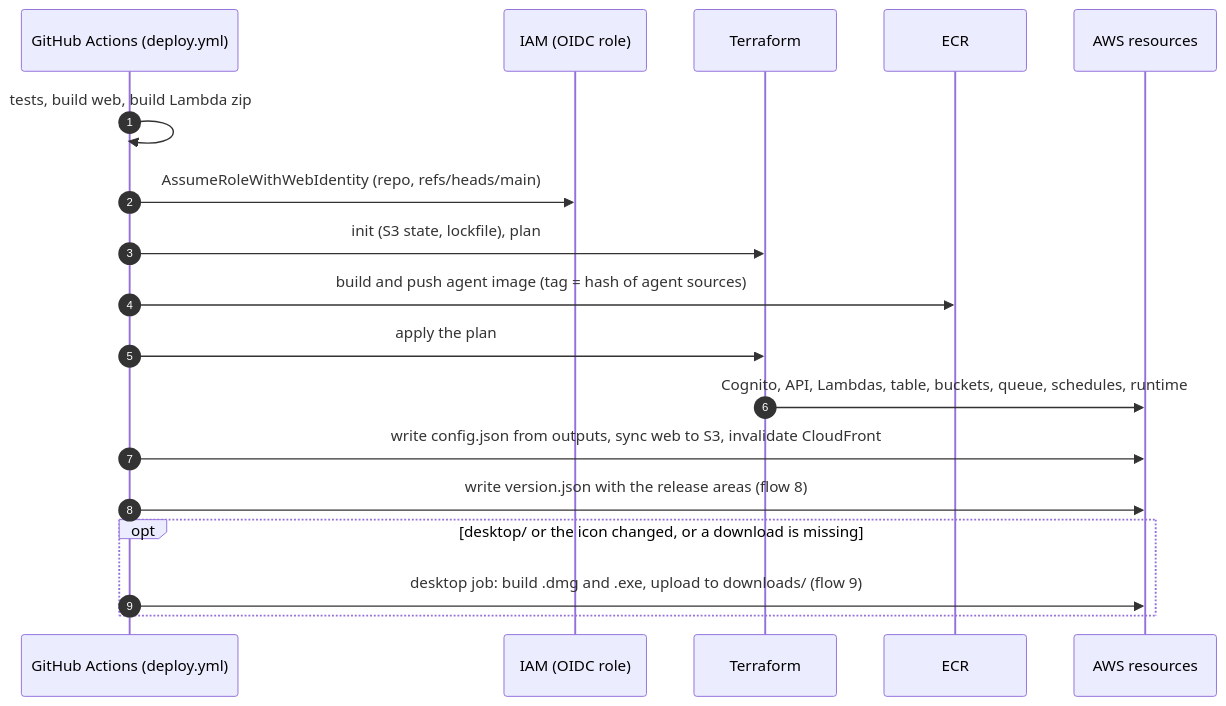
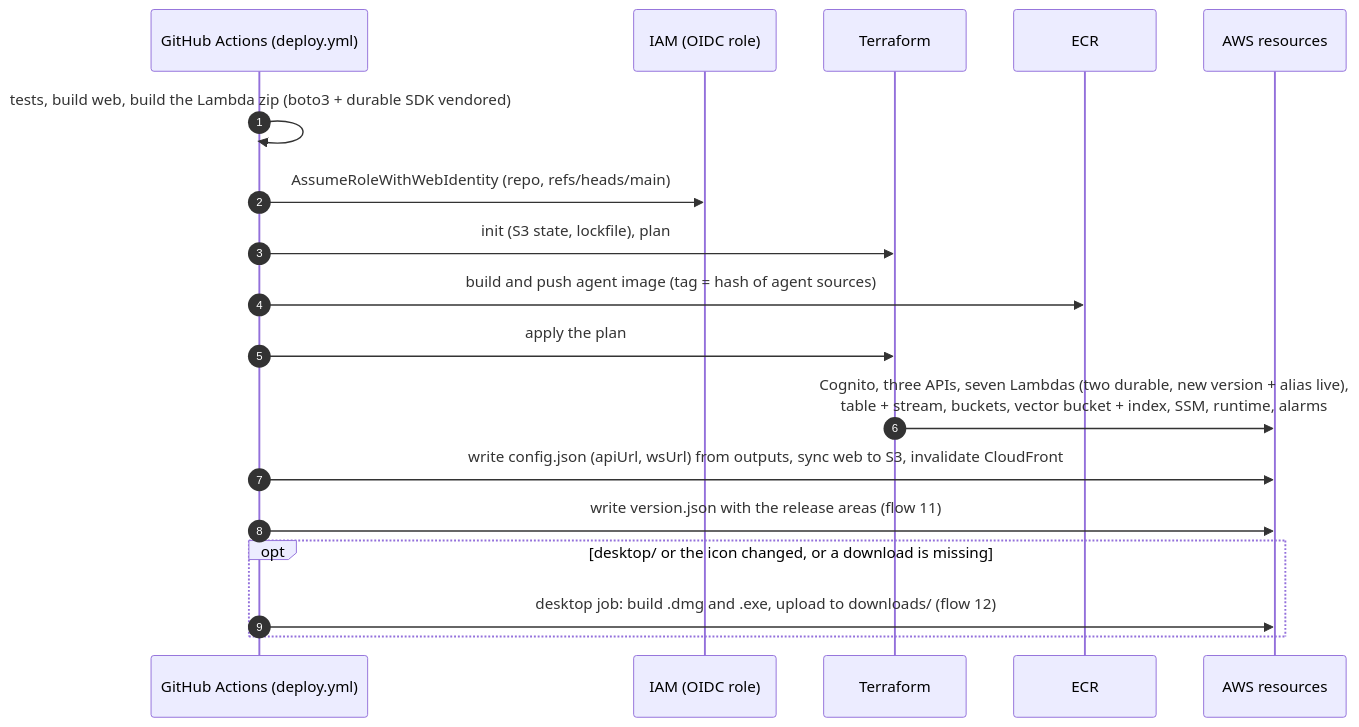
Before and after one commit to Lamo2real/clip-factory: diagram 12 of 14 in docs/ARCHITECTURE.md, drawn with Mermaid. The commit also changed other lines of this file and 10 other files, not shown here.

Commit message:
Document the serverless expansion and redraw the architecture

````diff
--- a/docs/ARCHITECTURE.md
+++ b/docs/ARCHITECTURE.md
@@ -216,20 +442,20 @@
 ```mermaid
 sequenceDiagram
   autonumber
   participant G as GitHub Actions (deploy.yml)
   participant I as IAM (OIDC role)
   participant TF as Terraform
   participant E as ECR
   participant AWS as AWS resources
-  G->>G: tests, build web, build Lambda zip
+  G->>G: tests, build web, build the Lambda zip (boto3 + durable SDK vendored)
   G->>I: AssumeRoleWithWebIdentity (repo, refs/heads/main)
   G->>TF: init (S3 state, lockfile), plan
   G->>E: build and push agent image (tag = hash of agent sources)
   G->>TF: apply the plan
-  TF->>AWS: Cognito, API, Lambdas, table, buckets, queue, schedules, runtime
-  G->>AWS: write config.json from outputs, sync web to S3, invalidate CloudFront
-  G->>AWS: write version.json with the release areas (flow 8)
+  TF->>AWS: Cognito, three APIs, seven Lambdas (two durable, new version + alias live),<br/>table + stream, buckets, vector bucket + index, SSM, runtime, alarms
+  G->>AWS: write config.json (apiUrl, wsUrl) from outputs, sync web to S3, invalidate CloudFront
+  G->>AWS: write version.json with the release areas (flow 11)
   opt desktop/ or the icon changed, or a download is missing
-    G->>AWS: desktop job: build .dmg and .exe, upload to downloads/ (flow 9)
+    G->>AWS: desktop job: build .dmg and .exe, upload to downloads/ (flow 12)
   end
 ```
````
